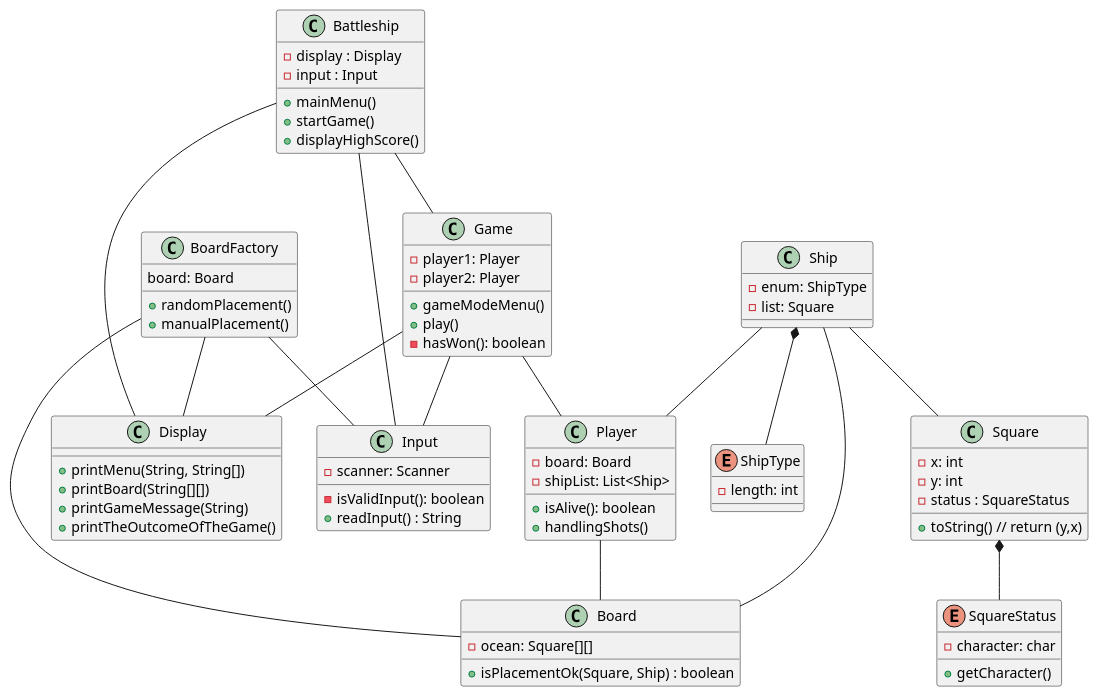
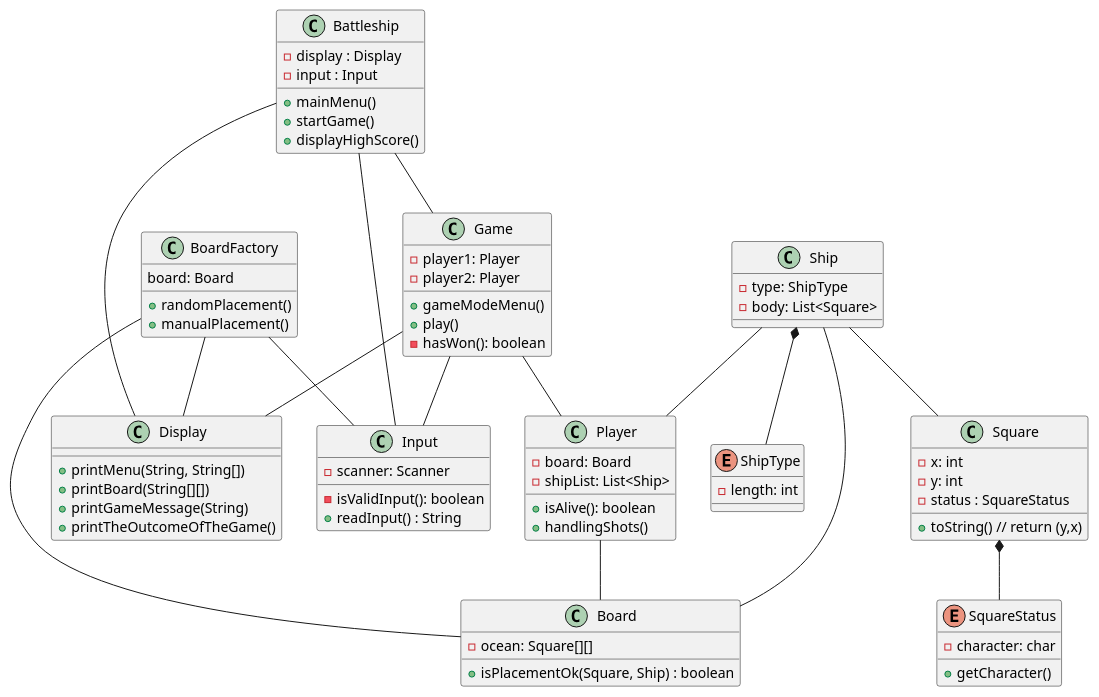
One commit to TheRealCoon/battleship-oop changed the diagram in BattleShip.puml. Above: the diagram before and after it, drawn with PlantUML. The commit also changed 2 other files, not shown here.

Commit message:
added Ship class

```diff
--- a/BattleShip.puml
+++ b/BattleShip.puml
@@ -1,85 +1,85 @@
 @startuml
 
 Battleship -- Display
 Battleship -- Input
 Battleship -- Game
 class Battleship{
 - display : Display
 - input : Input
 + mainMenu()
 + startGame()
 + displayHighScore()
 }
 
 class Display{
 + printMenu(String, String[])
 + printBoard(String[][])
 + printGameMessage(String)
 + printTheOutcomeOfTheGame()
 }
 
 class Input{
 - scanner: Scanner
 - isValidInput(): boolean
 + readInput() : String
 }
 
 Game -- Input
 Game -- Display
 Game -- Player
 class Game{
 - player1: Player
 - player2: Player
 + gameModeMenu()
 + play()
 - hasWon(): boolean
 }
 Player -- Board
 class Player{
 - board: Board
 - shipList: List<Ship>
 + isAlive(): boolean
 + handlingShots()
 }
 
 BoardFactory -- Board
 BoardFactory -- Input
 BoardFactory -- Display
 class BoardFactory{
 board: Board
 + randomPlacement()
 + manualPlacement()
 }
 
 class Board{
 - ocean: Square[][]
 + isPlacementOk(Square, Ship) : boolean
 }
 
 Ship -- Player
 Ship -- Board
 Ship -- Square
 Ship *-- ShipType
 class Ship{
-- enum: ShipType
-- list: Square
+- type: ShipType
+- body: List<Square>
 }
 
 enum ShipType{
 - length: int
 }
 Square *-- SquareStatus
 class Square{
 - x: int
 - y: int
 - status : SquareStatus
 + toString() // return (y,x)
 }
 
 enum SquareStatus{
 - character: char
 + getCharacter()
 }
 
 
 @enduml
```
